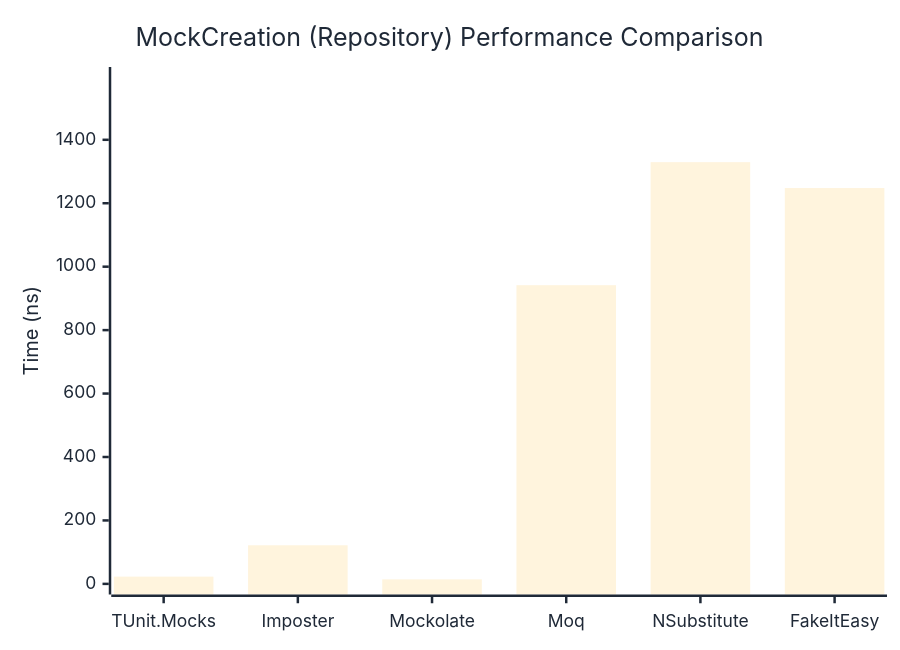
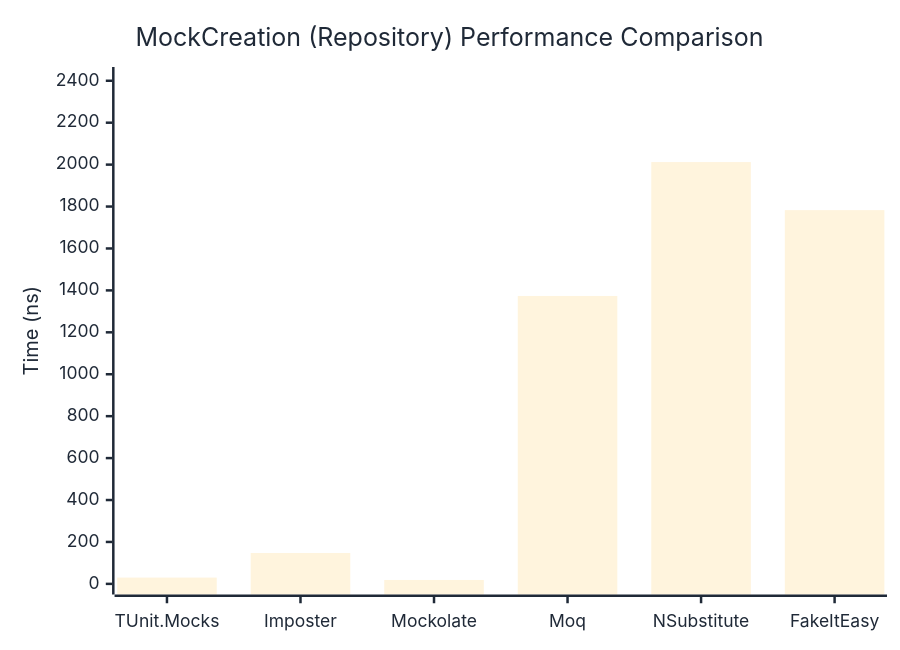
One commit to thomhurst/TUnit changed the second of 2 diagrams in docs/docs/benchmarks/mocks/MockCreation.md. Above: the diagram before and after it, drawn with Mermaid. The commit also changed other lines of this file and 14 other files, not shown here.

````diff
--- a/docs/docs/benchmarks/mocks/MockCreation.md
+++ b/docs/docs/benchmarks/mocks/MockCreation.md
@@ -71,27 +71,27 @@
 ```mermaid
 %%{init: {
   'theme':'base',
   'themeVariables': {
     'primaryColor': '#2563eb',
     'primaryTextColor': '#1f2937',
     'primaryBorderColor': '#1e40af',
     'lineColor': '#6b7280',
     'secondaryColor': '#7c3aed',
     'tertiaryColor': '#dc2626',
     'background': '#ffffff',
     'pie1': '#2563eb',
     'pie2': '#7c3aed',
     'pie3': '#dc2626',
     'pie4': '#f59e0b',
     'pie5': '#10b981',
     'pie6': '#06b6d4',
     'pie7': '#ec4899',
     'pie8': '#6366f1'
   }
 }}%%
 xychart-beta
   title "MockCreation (Repository) Performance Comparison"
   x-axis ["TUnit.Mocks", "Imposter", "Mockolate", "Moq", "NSubstitute", "FakeItEasy"]
-  y-axis "Time (ns)" 0 --> 1596
-  bar [22.85, 121.68, 14.27, 941.66, 1329.49, 1247.89]
+  y-axis "Time (ns)" 0 --> 2415
+  bar [30.02, 147.36, 18.65, 1373.49, 2012.19, 1782.88]
 ```
````
